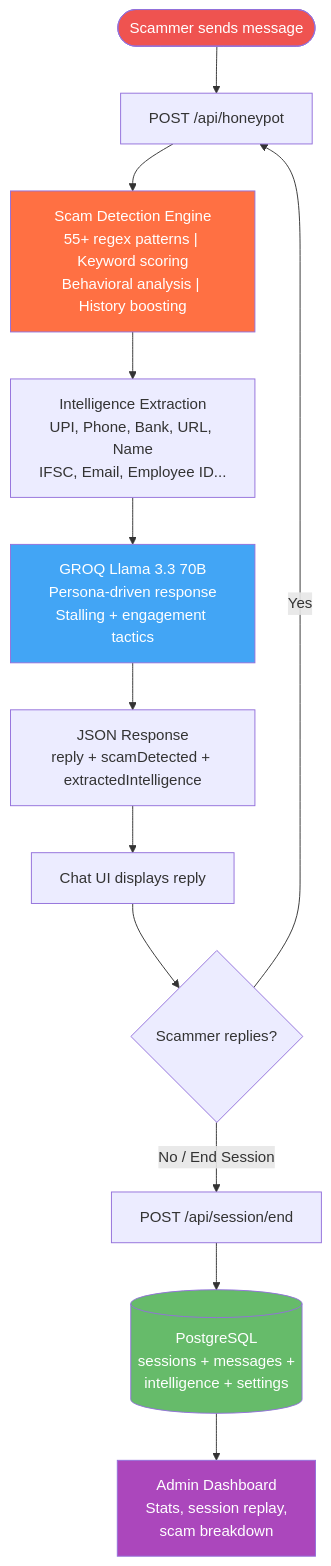
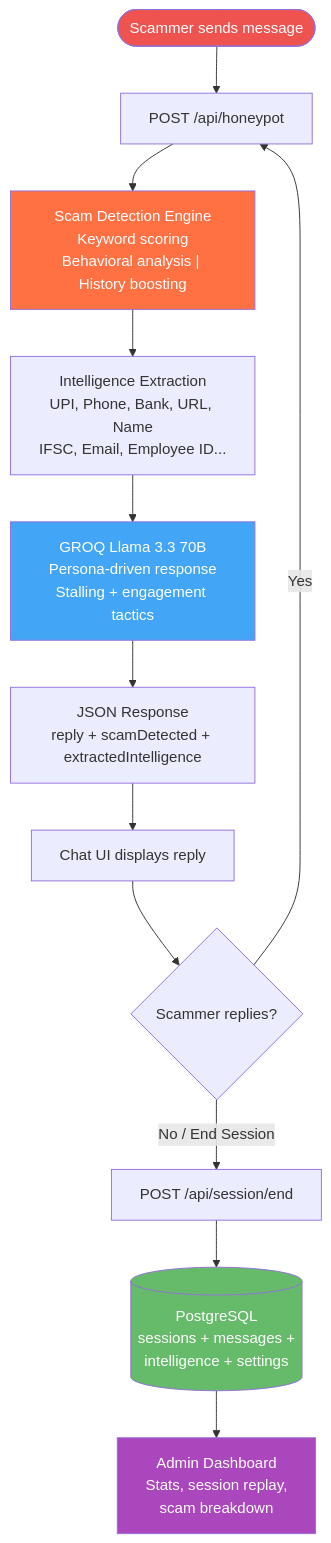
The diagram in README.md (vijayakanth06/Agentic-bot), drawn with Mermaid before and after one commit. The commit also changed other lines of this file, not shown here.

Commit message:
Update scam detection engine description in README
Removed mention of '55+ regex patterns' from the scam detection engine description in the flowchart.

````diff
--- a/README.md
+++ b/README.md
@@ -9,20 +9,20 @@
 ```mermaid
 flowchart TD
     START(["Scammer sends message"]) --> API["POST /api/honeypot"]
-    API --> DETECT["Scam Detection Engine<br/>55+ regex patterns | Keyword scoring<br/>Behavioral analysis | History boosting"]
+    API --> DETECT["Scam Detection Engine<br/>Keyword scoring<br/>Behavioral analysis | History boosting"]
     DETECT --> INTEL["Intelligence Extraction<br/>UPI, Phone, Bank, URL, Name<br/>IFSC, Email, Employee ID..."]
     INTEL --> LLM["GROQ Llama 3.3 70B<br/>Persona-driven response<br/>Stalling + engagement tactics"]
     LLM --> RESP["JSON Response<br/>reply + scamDetected + extractedIntelligence"]
     RESP --> UI["Chat UI displays reply"]
     UI --> LOOP{"Scammer replies?"}
     LOOP -->|Yes| API
     LOOP -->|No / End Session| SAVE["POST /api/session/end"]
     SAVE --> DB[("PostgreSQL<br/>sessions + messages +<br/>intelligence + settings")]
     DB --> ADMIN["Admin Dashboard<br/>Stats, session replay,<br/>scam breakdown"]
 
     style START fill:#ef5350,color:#fff
     style DB fill:#66bb6a,color:#fff
     style LLM fill:#42a5f5,color:#fff
     style DETECT fill:#ff7043,color:#fff
     style ADMIN fill:#ab47bc,color:#fff
 ```
````
